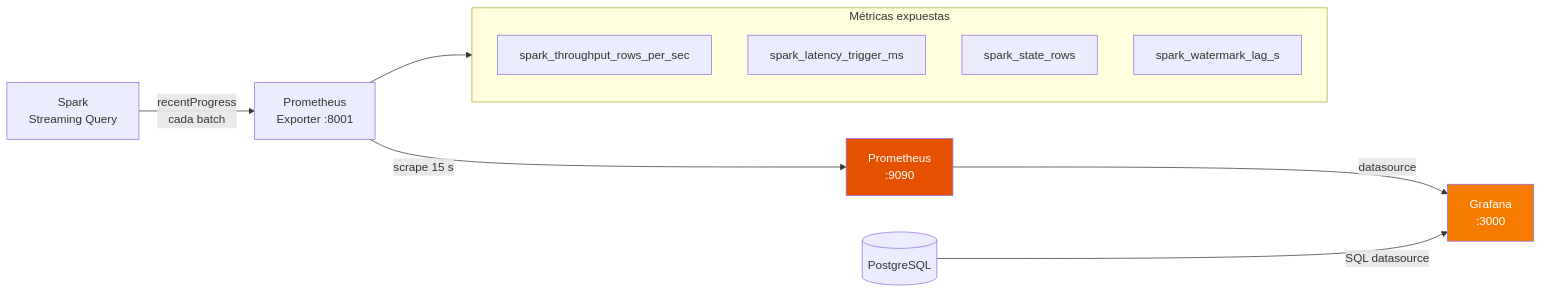
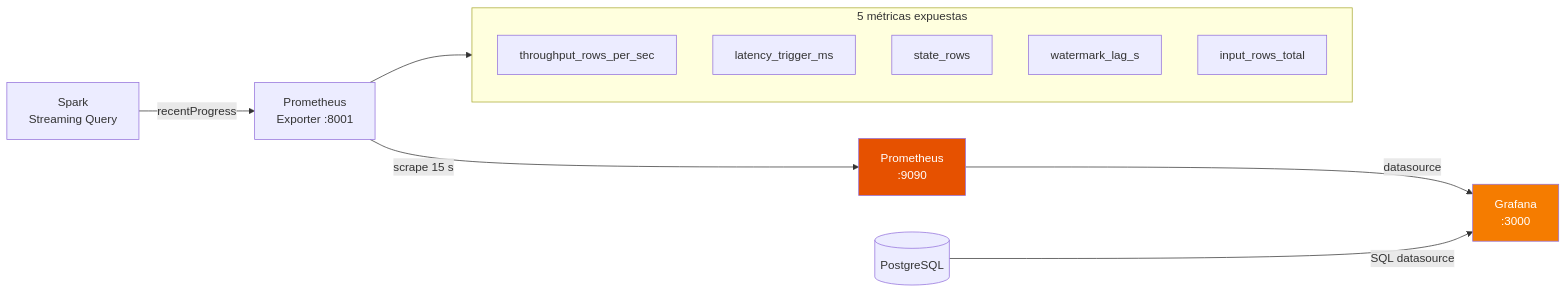
One commit to TheReeds/big-data-pipelineML changed the diagram in docs/s8_observabilidad.md. Above: the diagram before and after it, drawn with Mermaid. The commit also changed other lines of this file and 8 other files, not shown here.

````diff
--- a/docs/s8_observabilidad.md
+++ b/docs/s8_observabilidad.md
@@ -7,24 +7,22 @@
 ```mermaid
 flowchart LR
     SPARK["Spark
-Streaming Query"] -->|"recentProgress
-cada batch"| EXP["Prometheus
+Streaming Query"] -->|"recentProgress"| EXP["Prometheus
 Exporter :8001"]
     EXP -->|"scrape 15 s"| PROM["Prometheus
 :9090"]
     PROM -->|"datasource"| GRAF["Grafana
 :3000"]
     PG[("PostgreSQL")] -->|"SQL datasource"| GRAF
 
-    subgraph metricas["Métricas expuestas"]
-        M1["spark_throughput_rows_per_sec"]
-        M2["spark_latency_trigger_ms"]
-        M3["spark_state_rows"]
-        M4["spark_watermark_lag_s"]
+    subgraph metricas["5 métricas expuestas"]
+        M1["throughput_rows_per_sec"]
+        M2["latency_trigger_ms"]
+        M3["state_rows"]
+        M4["watermark_lag_s"]
+        M5["input_rows_total"]
     end
-
     EXP --> metricas
-
     style PROM fill:#e65100,color:#fff
     style GRAF fill:#f57c00,color:#fff
 ```
````
